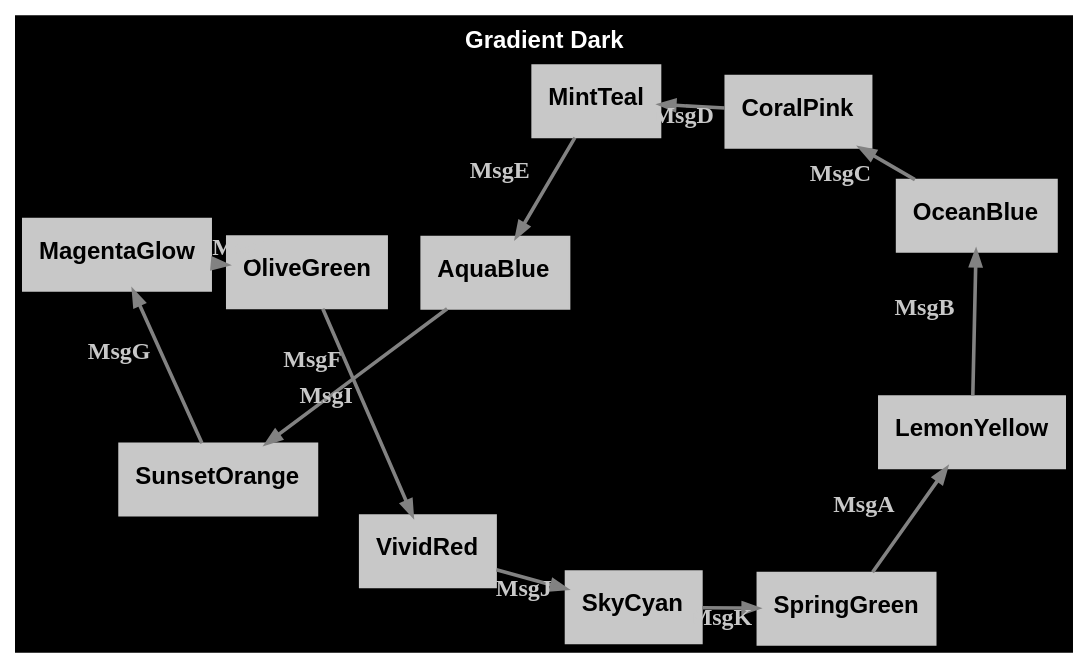
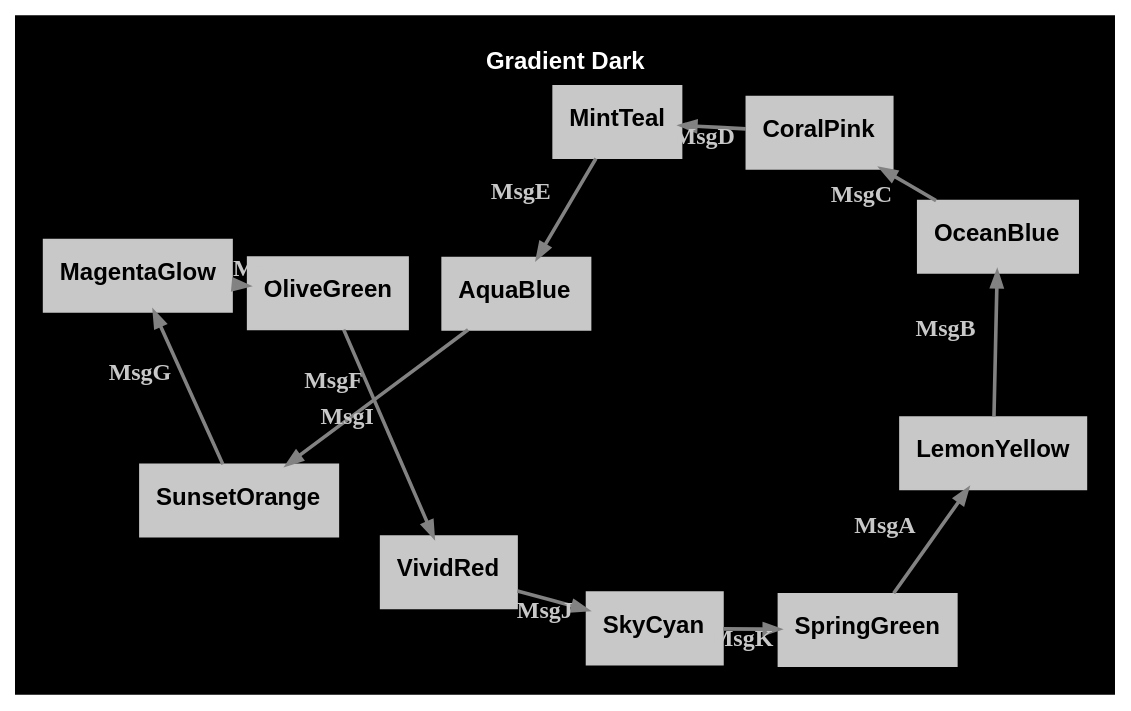
One commit to m-bock/purescript-transit changed the diagram in renders/themes/gradient-dark.dot. Above: the diagram before and after it, drawn with Graphviz. The commit also changed 40 other files, not shown here.

```diff
--- a/renders/themes/gradient-dark.dot
+++ b/renders/themes/gradient-dark.dot
@@ -1,27 +1,27 @@
 digraph 
 {
-rankdir = "TD";fontname = "Arial";label = <<b>Gradient Dark</b>>;labelloc = "t";fontsize = 12;bgcolor = "#000000";color = "#ffffff";fontcolor = "#ffffff"
+rankdir = "TD";fontname = "Arial";label = <<b>Gradient Dark</b>>;labelloc = "t";fontsize = 12;bgcolor = "#000000";color = "#ffffff";fontcolor = "#ffffff";pad = 0.2
 graph [layout=sfdp;overlap=false, K=2.5, repulsiveforce=4, splines=true];
 SpringGreen [shape = "box", label = <<b>SpringGreen</b>>, fontsize = 12, style = "filled", fillcolor = "#c8c8c8", fontcolor = "#000000", color = "#c8c8c8", fontname = "Arial", labelloc = "c", penwidth = 1.0]
 SpringGreen -> LemonYellow [color = "#828282", fontcolor = "#c8c8c8", fontsize = 12, arrowsize = "0.7", label = <<b>MsgA</b>>, penwidth = 1.8]
 LemonYellow [shape = "box", label = <<b>LemonYellow</b>>, fontsize = 12, style = "filled", fillcolor = "#c8c8c8", fontcolor = "#000000", color = "#c8c8c8", fontname = "Arial", labelloc = "c", penwidth = 1.0]
 LemonYellow -> OceanBlue [color = "#828282", fontcolor = "#c8c8c8", fontsize = 12, arrowsize = "0.7", label = <<b>MsgB</b>>, penwidth = 1.8]
 OceanBlue [shape = "box", label = <<b>OceanBlue</b>>, fontsize = 12, style = "filled", fillcolor = "#c8c8c8", fontcolor = "#000000", color = "#c8c8c8", fontname = "Arial", labelloc = "c", penwidth = 1.0]
 OceanBlue -> CoralPink [color = "#828282", fontcolor = "#c8c8c8", fontsize = 12, arrowsize = "0.7", label = <<b>MsgC</b>>, penwidth = 1.8]
 CoralPink [shape = "box", label = <<b>CoralPink</b>>, fontsize = 12, style = "filled", fillcolor = "#c8c8c8", fontcolor = "#000000", color = "#c8c8c8", fontname = "Arial", labelloc = "c", penwidth = 1.0]
 CoralPink -> MintTeal [color = "#828282", fontcolor = "#c8c8c8", fontsize = 12, arrowsize = "0.7", label = <<b>MsgD</b>>, penwidth = 1.8]
 MintTeal [shape = "box", label = <<b>MintTeal</b>>, fontsize = 12, style = "filled", fillcolor = "#c8c8c8", fontcolor = "#000000", color = "#c8c8c8", fontname = "Arial", labelloc = "c", penwidth = 1.0]
 MintTeal -> AquaBlue [color = "#828282", fontcolor = "#c8c8c8", fontsize = 12, arrowsize = "0.7", label = <<b>MsgE</b>>, penwidth = 1.8]
 AquaBlue [shape = "box", label = <<b>AquaBlue</b>>, fontsize = 12, style = "filled", fillcolor = "#c8c8c8", fontcolor = "#000000", color = "#c8c8c8", fontname = "Arial", labelloc = "c", penwidth = 1.0]
 AquaBlue -> SunsetOrange [color = "#828282", fontcolor = "#c8c8c8", fontsize = 12, arrowsize = "0.7", label = <<b>MsgF</b>>, penwidth = 1.8]
 SunsetOrange [shape = "box", label = <<b>SunsetOrange</b>>, fontsize = 12, style = "filled", fillcolor = "#c8c8c8", fontcolor = "#000000", color = "#c8c8c8", fontname = "Arial", labelloc = "c", penwidth = 1.0]
 SunsetOrange -> MagentaGlow [color = "#828282", fontcolor = "#c8c8c8", fontsize = 12, arrowsize = "0.7", label = <<b>MsgG</b>>, penwidth = 1.8]
 MagentaGlow [shape = "box", label = <<b>MagentaGlow</b>>, fontsize = 12, style = "filled", fillcolor = "#c8c8c8", fontcolor = "#000000", color = "#c8c8c8", fontname = "Arial", labelloc = "c", penwidth = 1.0]
 MagentaGlow -> OliveGreen [color = "#828282", fontcolor = "#c8c8c8", fontsize = 12, arrowsize = "0.7", label = <<b>MsgH</b>>, penwidth = 1.8]
 OliveGreen [shape = "box", label = <<b>OliveGreen</b>>, fontsize = 12, style = "filled", fillcolor = "#c8c8c8", fontcolor = "#000000", color = "#c8c8c8", fontname = "Arial", labelloc = "c", penwidth = 1.0]
 OliveGreen -> VividRed [color = "#828282", fontcolor = "#c8c8c8", fontsize = 12, arrowsize = "0.7", label = <<b>MsgI</b>>, penwidth = 1.8]
 VividRed [shape = "box", label = <<b>VividRed</b>>, fontsize = 12, style = "filled", fillcolor = "#c8c8c8", fontcolor = "#000000", color = "#c8c8c8", fontname = "Arial", labelloc = "c", penwidth = 1.0]
 VividRed -> SkyCyan [color = "#828282", fontcolor = "#c8c8c8", fontsize = 12, arrowsize = "0.7", label = <<b>MsgJ</b>>, penwidth = 1.8]
 SkyCyan [shape = "box", label = <<b>SkyCyan</b>>, fontsize = 12, style = "filled", fillcolor = "#c8c8c8", fontcolor = "#000000", color = "#c8c8c8", fontname = "Arial", labelloc = "c", penwidth = 1.0]
 SkyCyan -> SpringGreen [color = "#828282", fontcolor = "#c8c8c8", fontsize = 12, arrowsize = "0.7", label = <<b>MsgK</b>>, penwidth = 1.8]
 }
```
